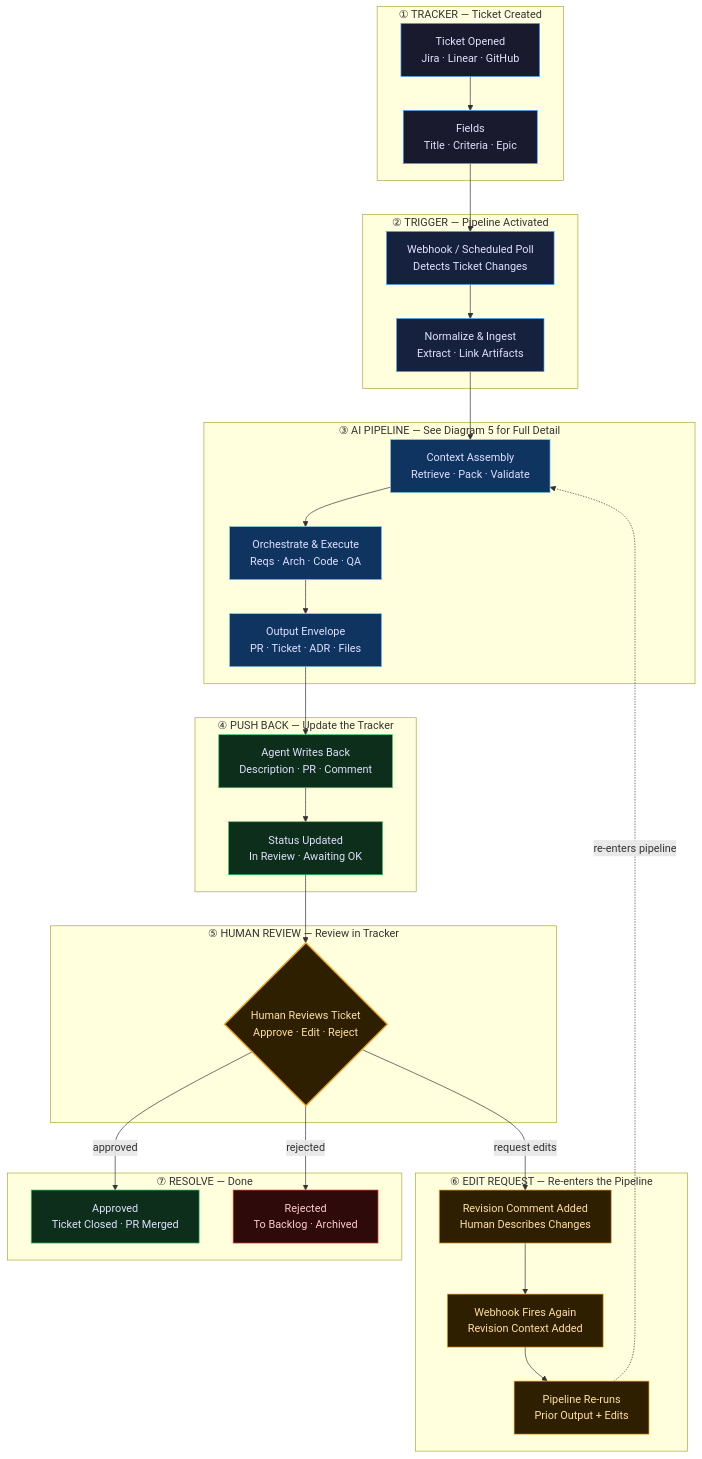
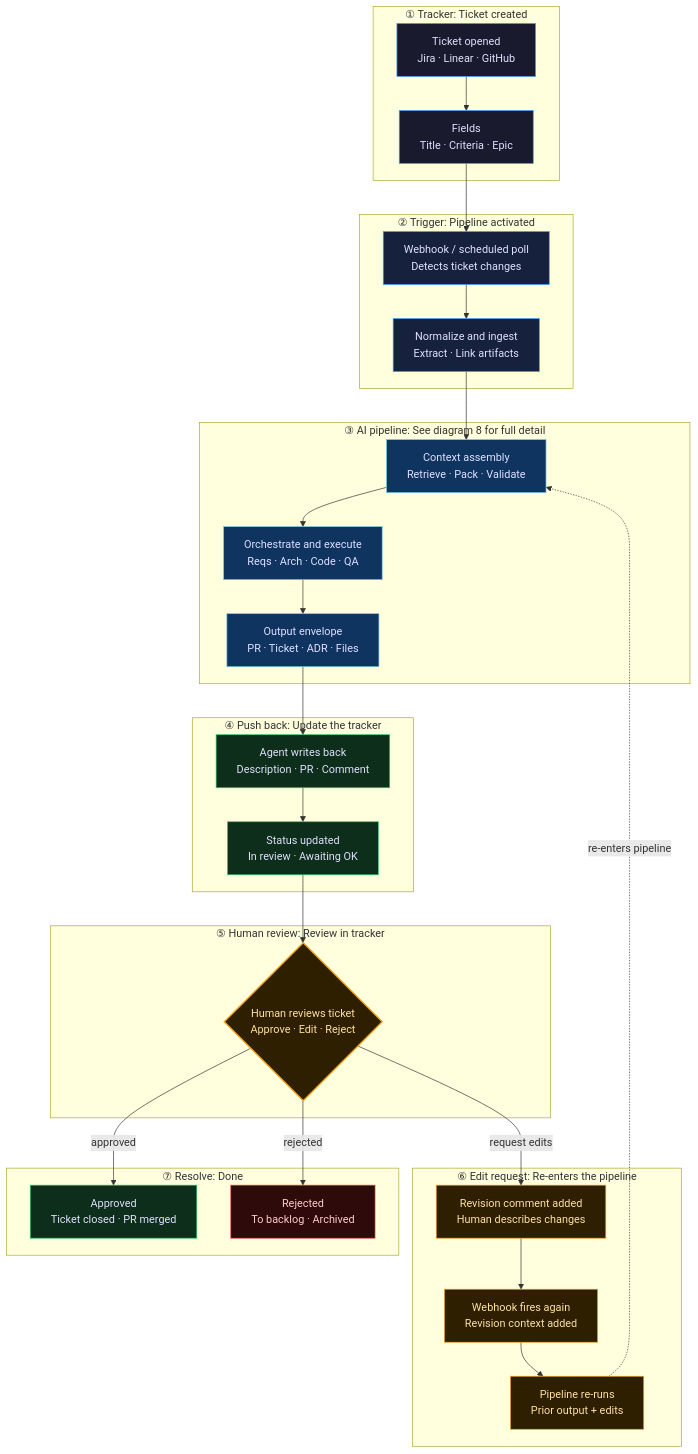
The seventh of 12 diagrams in README.md (bryancalabro/bryancalabro), drawn with Mermaid before and after one commit. The commit also changed other lines of this file and 1 other file, not shown here.

First line of the commit message:
Profile: generated diagrams and recent apps, sentence case, no em dashes

````diff
--- a/README.md
+++ b/README.md
@@ -386,67 +399,67 @@
 ```mermaid
 flowchart TD
-    subgraph TRACKER["① TRACKER — Ticket Created"]
-        TK["Ticket Opened<br/>Jira · Linear · GitHub"]
+    subgraph TRACKER["① Tracker: Ticket created"]
+        TK["Ticket opened<br/>Jira · Linear · GitHub"]
         TF["Fields<br/>Title · Criteria · Epic"]
         TK --> TF
     end
 
-    subgraph TRIGGER["② TRIGGER — Pipeline Activated"]
-        WH["Webhook / Scheduled Poll<br/>Detects Ticket Changes"]
-        NRM["Normalize & Ingest<br/>Extract · Link Artifacts"]
+    subgraph TRIGGER["② Trigger: Pipeline activated"]
+        WH["Webhook / scheduled poll<br/>Detects ticket changes"]
+        NRM["Normalize and ingest<br/>Extract · Link artifacts"]
         TF --> WH --> NRM
     end
 
-    subgraph PIPELINE["③ AI PIPELINE — See Diagram 5 for Full Detail"]
-        CTX["Context Assembly<br/>Retrieve · Pack · Validate"]
-        ORCH["Orchestrate & Execute<br/>Reqs · Arch · Code · QA"]
-        ENV["Output Envelope<br/>PR · Ticket · ADR · Files"]
+    subgraph PIPELINE["③ AI pipeline: See diagram 8 for full detail"]
+        CTX["Context assembly<br/>Retrieve · Pack · Validate"]
+        ORCH["Orchestrate and execute<br/>Reqs · Arch · Code · QA"]
+        ENV["Output envelope<br/>PR · Ticket · ADR · Files"]
         NRM --> CTX --> ORCH --> ENV
     end
 
-    subgraph PUSHBACK["④ PUSH BACK — Update the Tracker"]
-        UPD["Agent Writes Back<br/>Description · PR · Comment"]
-        STAT["Status Updated<br/>In Review · Awaiting OK"]
+    subgraph PUSHBACK["④ Push back: Update the tracker"]
+        UPD["Agent writes back<br/>Description · PR · Comment"]
+        STAT["Status updated<br/>In review · Awaiting OK"]
         ENV --> UPD --> STAT
     end
 
-    subgraph REVIEW["⑤ HUMAN REVIEW — Review in Tracker"]
-        HR{"Human Reviews Ticket<br/>Approve · Edit · Reject"}
+    subgraph REVIEW["⑤ Human review: Review in tracker"]
+        HR{"Human reviews ticket<br/>Approve · Edit · Reject"}
         STAT --> HR
     end
 
-    subgraph EDITLOOP["⑥ EDIT REQUEST — Re-enters the Pipeline"]
-        EC["Revision Comment Added<br/>Human Describes Changes"]
-        WH2["Webhook Fires Again<br/>Revision Context Added"]
-        RELOAD["Pipeline Re-runs<br/>Prior Output + Edits"]
+    subgraph EDITLOOP["⑥ Edit request: Re-enters the pipeline"]
+        EC["Revision comment added<br/>Human describes changes"]
+        WH2["Webhook fires again<br/>Revision context added"]
+        RELOAD["Pipeline re-runs<br/>Prior output + edits"]
         EC --> WH2 --> RELOAD
     end
 
-    subgraph RESOLVE["⑦ RESOLVE — Done"]
-        APPROVE["Approved<br/>Ticket Closed · PR Merged"]
-        REJECT["Rejected<br/>To Backlog · Archived"]
+    subgraph RESOLVE["⑦ Resolve: Done"]
+        APPROVE["Approved<br/>Ticket closed · PR merged"]
+        REJECT["Rejected<br/>To backlog · Archived"]
         HR -->|approved| APPROVE
         HR -->|rejected| REJECT
     end
 
     HR -->|request edits| EC
     RELOAD -.->|re-enters pipeline| CTX
 
     classDef trackerStyle fill:#1a1a2e,stroke:#4a9eff,color:#e0e0ff
     classDef triggerStyle fill:#16213e,stroke:#4a9eff,color:#e0e0ff
     classDef pipelineStyle fill:#0f3460,stroke:#7ec8e3,color:#e0e0ff
     classDef pushbackStyle fill:#0d2e1a,stroke:#2ecc71,color:#e0e0ff
     classDef humanStyle fill:#2e1f00,stroke:#f5a623,color:#ffe0a0,stroke-width:2px
     classDef editStyle fill:#2e1f00,stroke:#f5a623,color:#ffe0a0
     classDef resolveStyle fill:#0d2e1a,stroke:#2ecc71,color:#e0e0ff
     classDef rejectStyle fill:#2e0a0a,stroke:#e74c3c,color:#ffcccc
 
     class TK,TF trackerStyle
     class WH,NRM triggerStyle
     class CTX,ORCH,ENV pipelineStyle
     class UPD,STAT pushbackStyle
     class HR humanStyle
     class EC,WH2,RELOAD editStyle
     class APPROVE resolveStyle
     class REJECT rejectStyle
 ```
````
